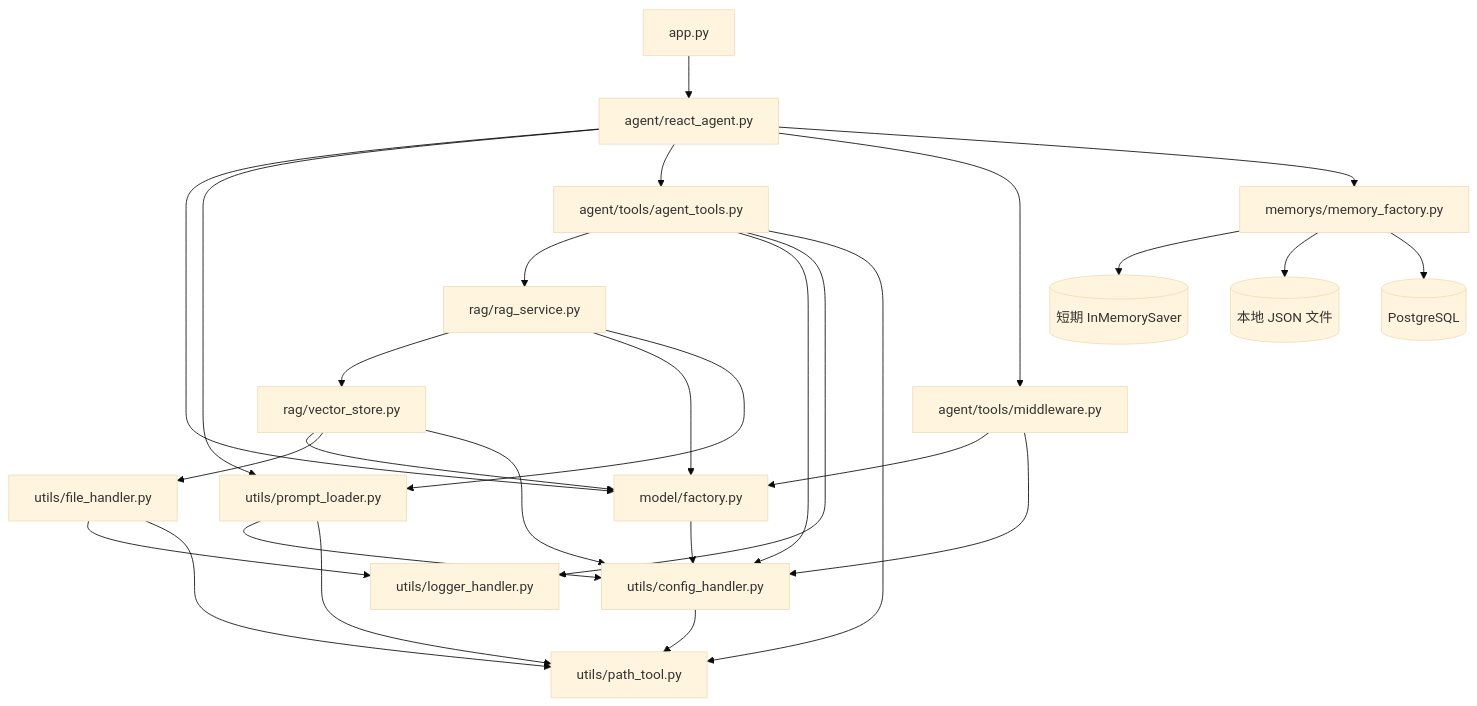
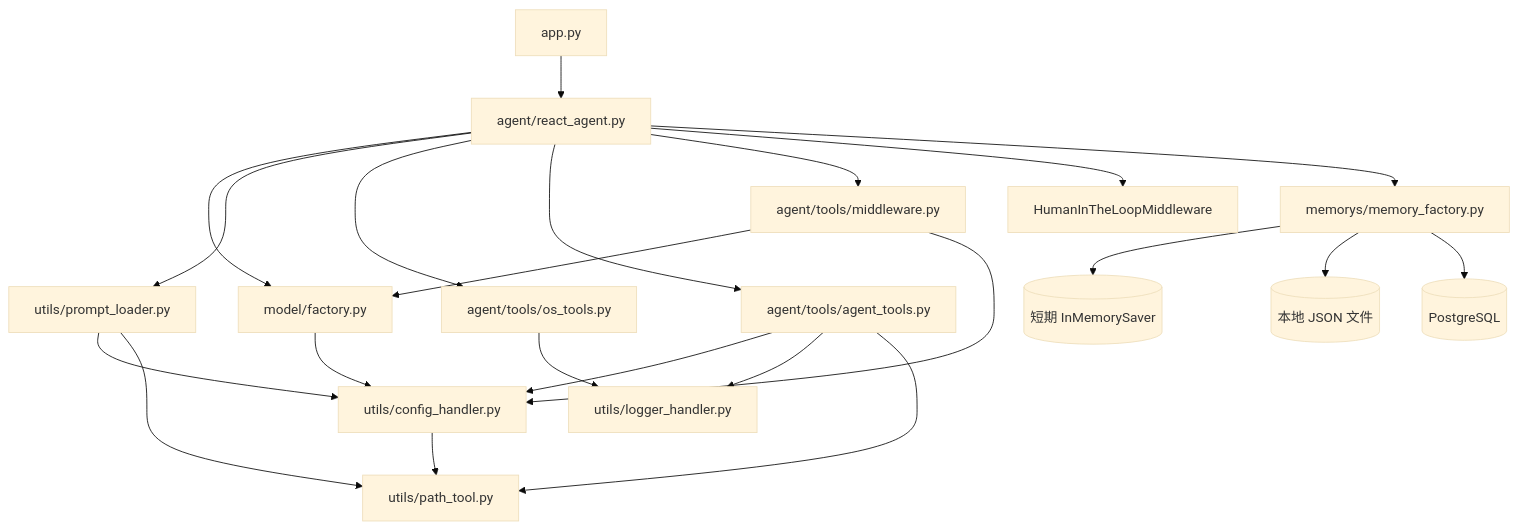
The second of 4 diagrams in docs/ARCHITECTURE.md (AX3031/Hybrid_Agent01), drawn with Mermaid (base theme) before and after one commit. The commit also changed other lines of this file and 36 other files, not shown here.

Commit message:
removed RAG , changed the whole project to "Local Computer Assistant" , added os_tools.py

````diff
--- a/docs/ARCHITECTURE.md
+++ b/docs/ARCHITECTURE.md
@@ -276,30 +262,24 @@
 ```mermaid
 flowchart TB
     APP[app.py] --> RA[agent/react_agent.py]
     RA --> MF[model/factory.py]
     RA --> PL[utils/prompt_loader.py]
+    RA --> OT[agent/tools/os_tools.py]
     RA --> AT[agent/tools/agent_tools.py]
     RA --> MW[agent/tools/middleware.py]
+    RA --> HITL[HumanInTheLoopMiddleware]
     MW --> MF
-    MW --> CH
+    MW --> CH[utils/config_handler.py]
     RA --> MEM[memorys/memory_factory.py]
     MEM --> IM[(短期 InMemorySaver)]
     MEM --> FJ[(本地 JSON 文件)]
     MEM --> PG[(PostgreSQL)]
-    AT --> RS[rag/rag_service.py]
-    AT --> CH[utils/config_handler.py]
-    AT --> LG[utils/logger_handler.py]
+    OT --> LG[utils/logger_handler.py]
+    AT --> CH
+    AT --> LG
     AT --> PT[utils/path_tool.py]
-    RS --> VS[rag/vector_store.py]
-    RS --> MF
-    RS --> PL
-    VS --> MF
-    VS --> FH[utils/file_handler.py]
-    VS --> CH
     MF --> CH
     PL --> CH
     PL --> PT
-    FH --> LG
-    FH --> PT
     CH --> PT
 ```
````
